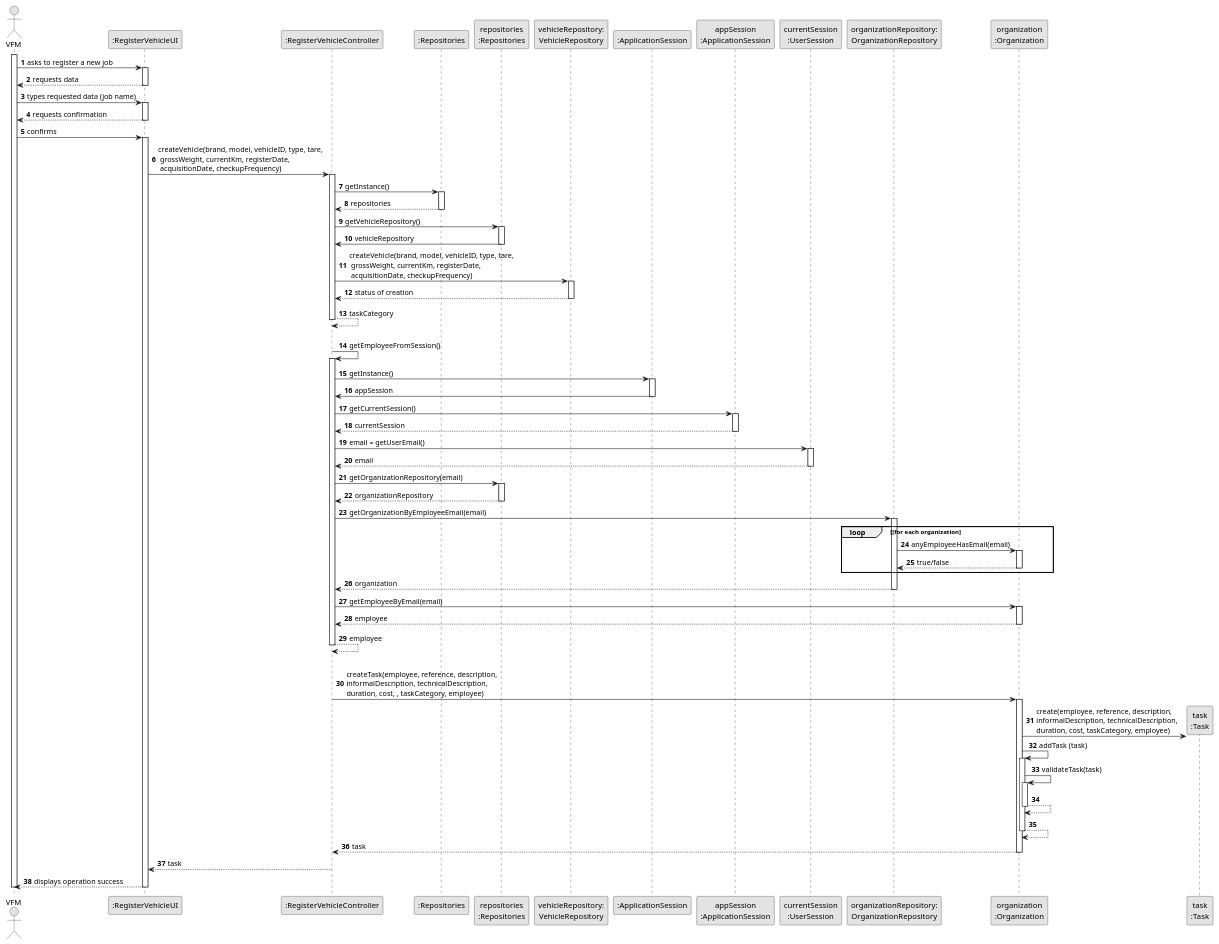
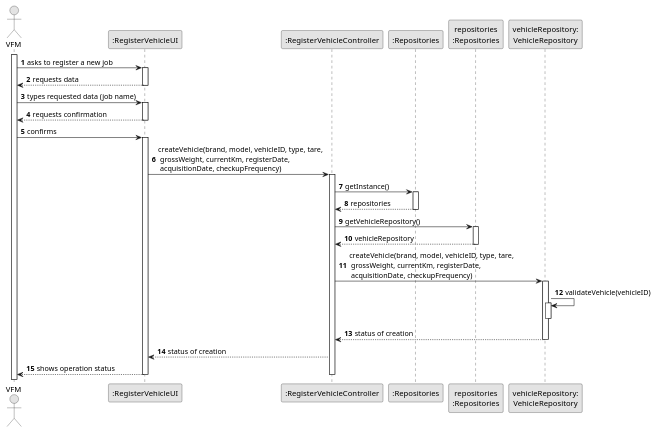
The diagram in docs/sprintB/us006/03.design/puml/us006-sequence-diagram-full.puml (Departamento-de-Engenharia-Informatica/lei-24-s2-1do-g164), drawn with PlantUML before and after one commit. The commit also changed 1 other file, not shown here.

Commit message:
US06(docs): SD Diagram

```diff
--- a/docs/sprintB/us006/03.design/puml/us006-sequence-diagram-full.puml
+++ b/docs/sprintB/us006/03.design/puml/us006-sequence-diagram-full.puml
@@ -1,148 +1,71 @@
 @startuml
 skinparam monochrome true
 skinparam packageStyle rectangle
 skinparam shadowing false
 
 autonumber
 
 'hide footbox
 actor " VFM" as ADM
 participant ":RegisterVehicleUI" as UI
 participant ":RegisterVehicleController" as CTRL
 participant ":Repositories" as RepositorySingleton
 participant "repositories\n:Repositories" as PLAT
-participant "vehicleRepository:\nVehicleRepository" as TaskCategoryRepository
-participant ":ApplicationSession" as _APP
-participant "appSession\n:ApplicationSession" as APP
-participant "currentSession\n:UserSession" as SESSAO
-participant "organizationRepository:\nOrganizationRepository" as OrganizationRepository
-participant "organization\n:Organization" as ORG
-participant "task\n:Task" as TAREFA
+participant "vehicleRepository:\nVehicleRepository" as VehicleRepository
 
 activate ADM
 
         ADM -> UI : asks to register a new job
 
         activate UI
 
 '            UI --> ADM : requests data (reference, description,  informal \n description, technical description, duration, cost)
             'create CTRL
 
 
             UI --> ADM : requests data
         deactivate UI
 
     ADM -> UI : types requested data (job name)
     activate UI
 
         UI --> ADM : requests confirmation
     deactivate UI
 
     ADM -> UI : confirms
     activate UI
 
         UI -> CTRL : createVehicle(brand, model, vehicleID, type, tare,\n grossWeight, currentKm, registerDate,\n acquisitionDate, checkupFrequency)
         activate CTRL
 
 
                 CTRL -> RepositorySingleton : getInstance()
                 activate RepositorySingleton
 
                     RepositorySingleton --> CTRL: repositories
                 deactivate RepositorySingleton
 
                 CTRL -> PLAT : getVehicleRepository()
                 activate PLAT
 
-                    PLAT -> CTRL : vehicleRepository
+                    PLAT --> CTRL : vehicleRepository
                 deactivate PLAT
 
-                CTRL -> TaskCategoryRepository : createVehicle(brand, model, vehicleID, type, tare,\n grossWeight, currentKm, registerDate,\n acquisitionDate, checkupFrequency)
-                activate TaskCategoryRepository
+                CTRL -> VehicleRepository : createVehicle(brand, model, vehicleID, type, tare,\n grossWeight, currentKm, registerDate,\n acquisitionDate, checkupFrequency)
+                activate VehicleRepository
 
-                    TaskCategoryRepository --> CTRL : status of creation
-                deactivate TaskCategoryRepository
-                    CTRL --> CTRL : taskCategory
+                VehicleRepository -> VehicleRepository : validateVehicle(vehicleID)
+                activate VehicleRepository
+                deactivate VehicleRepository
+
+
+                    VehicleRepository --> CTRL : status of creation
+                deactivate VehicleRepository
+                    CTRL --> UI : status of creation
+                    UI --> ADM : shows operation status
+                    deactivate UI
             deactivate CTRL
 
-            |||
-            CTRL -> CTRL : getEmployeeFromSession()
-            activate CTRL
-
-                CTRL -> _APP: getInstance()
-                activate _APP
-                    _APP -> CTRL: appSession
-                deactivate _APP
 
 
-                CTRL -> APP: getCurrentSession()
-                activate APP
-
-                    APP --> CTRL: currentSession
-                deactivate APP
-
-                CTRL -> SESSAO: email = getUserEmail()
-                activate SESSAO
-
-                    SESSAO --> CTRL: email
-                deactivate SESSAO
-
-
-                CTRL -> PLAT: getOrganizationRepository(email)
-                activate PLAT
-
-                    PLAT --> CTRL: organizationRepository
-                deactivate PLAT
-
-
-                CTRL -> OrganizationRepository: getOrganizationByEmployeeEmail(email)
-                activate OrganizationRepository
-
-                    loop [for each organization
-                        OrganizationRepository -> ORG : anyEmployeeHasEmail(email)
-                        activate ORG
-
-                             ORG --> OrganizationRepository : true/false
-                        deactivate ORG
-                    end
-                    OrganizationRepository --> CTRL : organization
-                deactivate OrganizationRepository
-
-                CTRL -> ORG: getEmployeeByEmail(email)
-                activate ORG
-
-                    ORG --> CTRL : employee
-                deactivate ORG
-
-                CTRL --> CTRL : employee
-            deactivate CTRL
-
-            |||
-            CTRL -> ORG: createTask(employee, reference, description,\ninformalDescription, technicalDescription,\nduration, cost, , taskCategory, employee)
-            activate ORG
-
-                ORG -> TAREFA**: create(employee, reference, description,\ninformalDescription, technicalDescription,\nduration, cost, taskCategory, employee)
-                ORG -> ORG: addTask (task)
-
-
-                activate ORG
-                    ORG -> ORG: validateTask(task)
-                    activate ORG
-                        ORG --> ORG
-                    deactivate ORG
-
-                    ORG --> ORG
-                deactivate ORG
-
-                ORG --> CTRL : task
-
-            deactivate ORG
-
-            CTRL --> UI: task
-            deactivate CTRL
-            UI --> ADM: displays operation success
-    deactivate UI
-
-deactivate ADM
-
 @enduml
```
